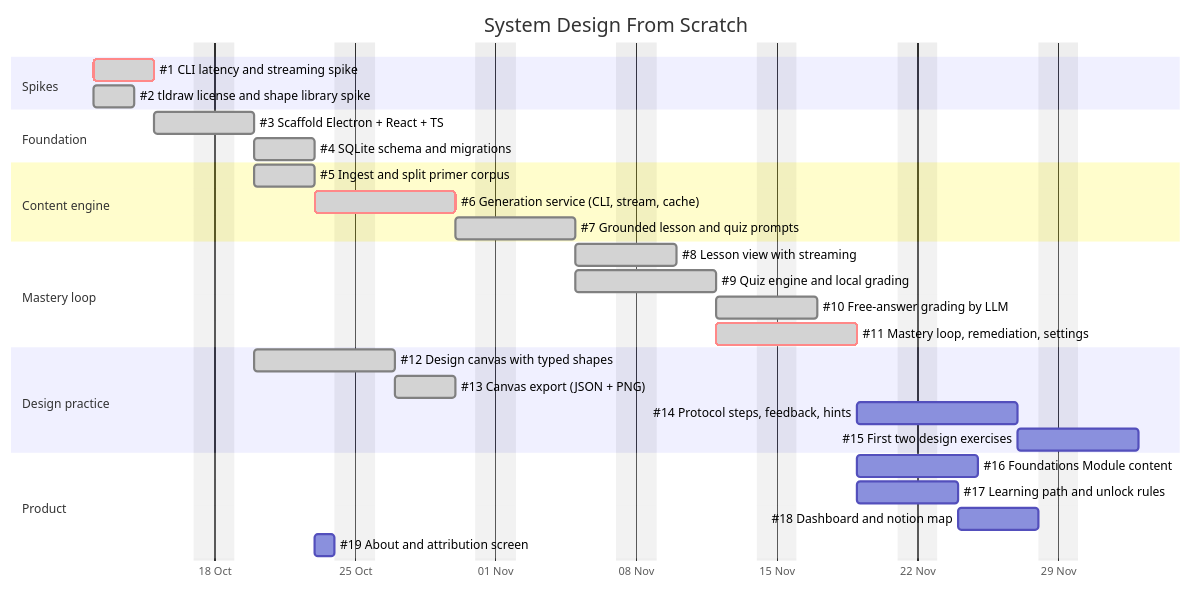
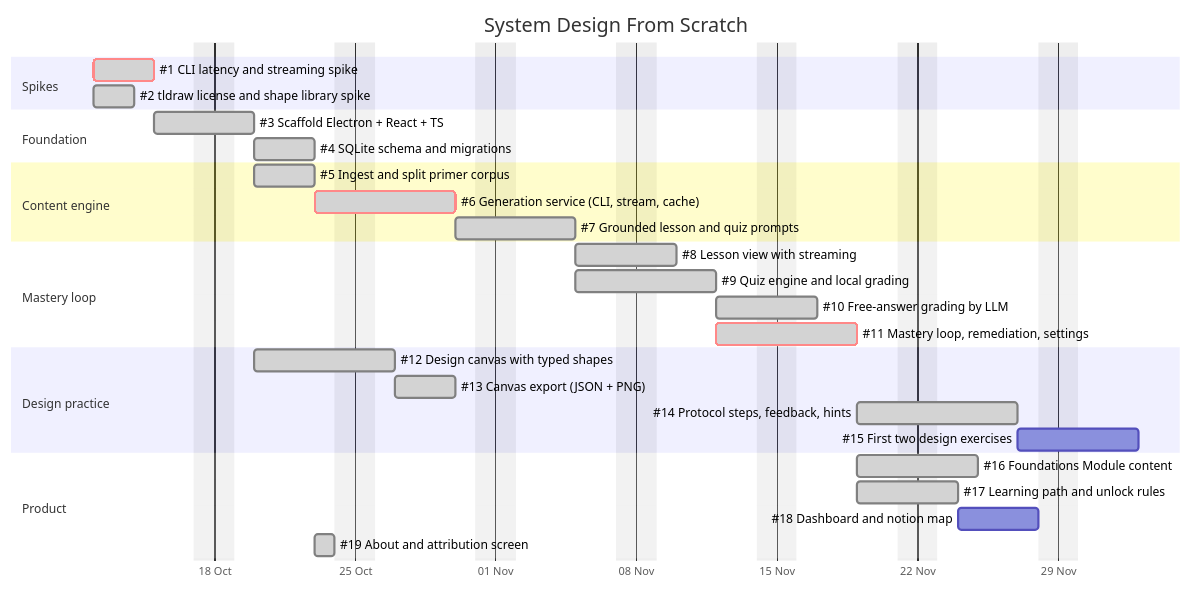
Before and after one commit to jbclaramonte/system-design-from-scratch: the diagram in docs/ROADMAP.md, drawn with Mermaid. The commit also changed 124 other files, not shown here.

First line of the commit message:
feat: protocol steps (#14), foundations (#16), learning path (#17), about (#19)

````diff
--- a/docs/ROADMAP.md
+++ b/docs/ROADMAP.md
@@ -13,38 +13,38 @@
 ```mermaid
 gantt
     title System Design From Scratch
     dateFormat YYYY-MM-DD
     excludes weekends
     axisFormat %d %b
 
     section Spikes
     #1 CLI latency and streaming spike        :done, crit, s1, 2026-10-12, 3d
     #2 tldraw license and shape library spike :done, s2, 2026-10-12, 2d
 
     section Foundation
     #3 Scaffold Electron + React + TS         :done, f1, after s1, 3d
     #4 SQLite schema and migrations           :done, f2, after f1, 3d
 
     section Content engine
     #5 Ingest and split primer corpus         :done, c1, after f1, 3d
     #6 Generation service (CLI, stream, cache):done, crit, c2, after f2, 5d
     #7 Grounded lesson and quiz prompts       :done, c3, after c1 c2, 4d
 
     section Mastery loop
     #8 Lesson view with streaming             :done, m1, after c3, 3d
     #9 Quiz engine and local grading          :done, m2, after c3, 5d
     #10 Free-answer grading by LLM            :done, m3, after m2, 3d
     #11 Mastery loop, remediation, settings   :done, crit, m4, after m1 m2, 5d
 
     section Design practice
     #12 Design canvas with typed shapes       :done, d1, after s2 f1, 5d
     #13 Canvas export (JSON + PNG)            :done, d2, after d1, 3d
-    #14 Protocol steps, feedback, hints       :d3, after d2 m4, 6d
+    #14 Protocol steps, feedback, hints       :done, d3, after d2 m4, 6d
     #15 First two design exercises            :d4, after d3, 4d
 
     section Product
-    #16 Foundations Module content            :p1, after m4, 4d
-    #17 Learning path and unlock rules        :p2, after m4, 3d
+    #16 Foundations Module content            :done, p1, after m4, 4d
+    #17 Learning path and unlock rules        :done, p2, after m4, 3d
     #18 Dashboard and notion map              :p3, after p2, 4d
-    #19 About and attribution screen          :p4, after c1, 1d
+    #19 About and attribution screen          :done, p4, after c1, 1d
 ```
````
